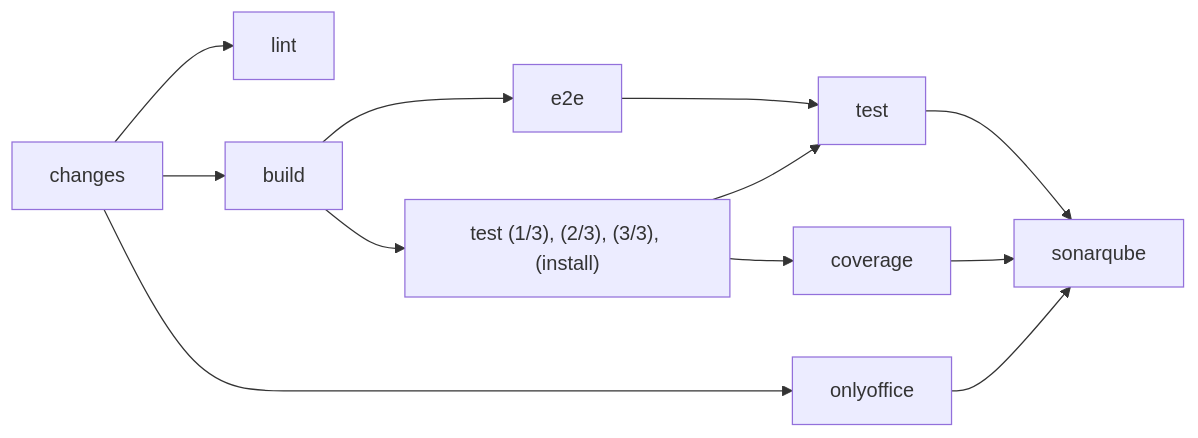
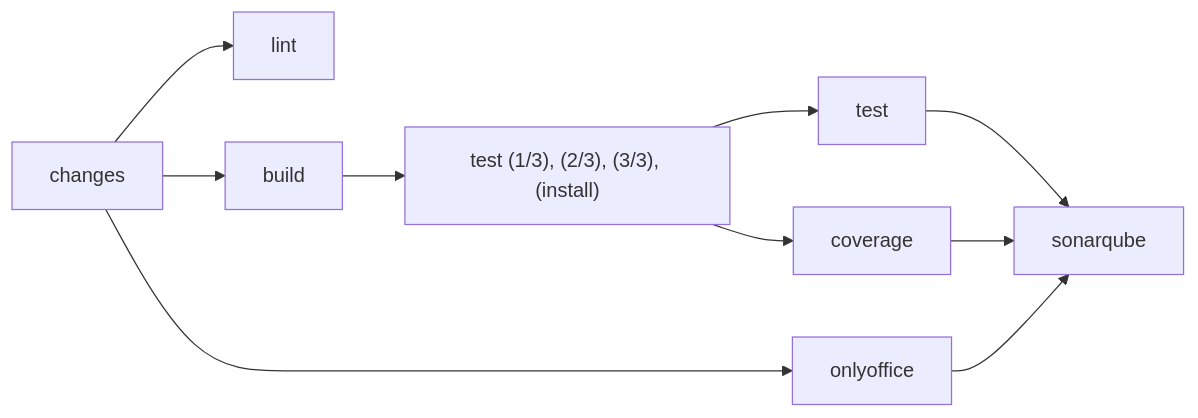
The first of 5 diagrams in docs/infrastructure/pipelines.md (SoltuneMontepre/medilab), drawn with Mermaid before and after one commit. The commit also changed other lines of this file and 38 other files, not shown here.

````diff
--- a/docs/infrastructure/pipelines.md
+++ b/docs/infrastructure/pipelines.md
@@ -26,9 +26,8 @@
 ```mermaid
 flowchart LR
     changes --> lint
     changes --> build --> runners["test (1/3), (2/3), (3/3), (install)"]
-    build --> e2e --> test
     runners --> test --> sonarqube
     runners --> coverage --> sonarqube
     changes --> onlyoffice --> sonarqube
 ```
````
